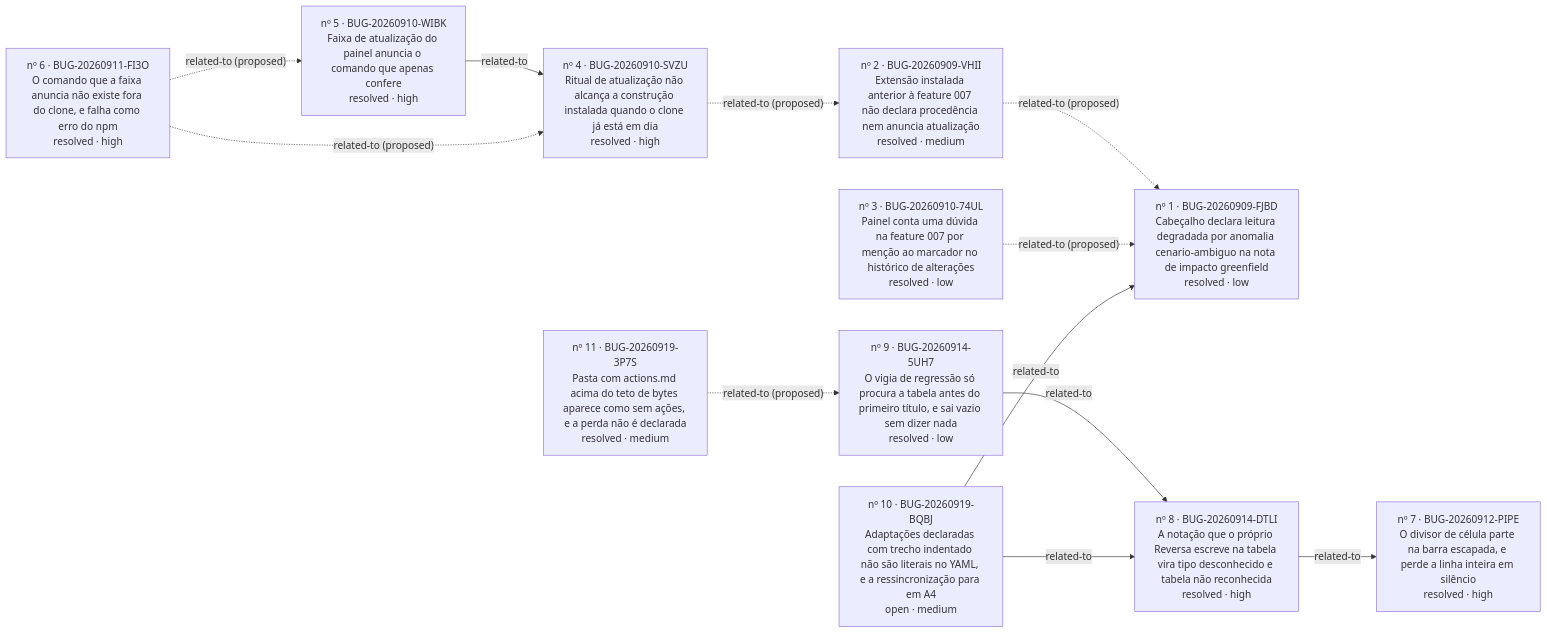
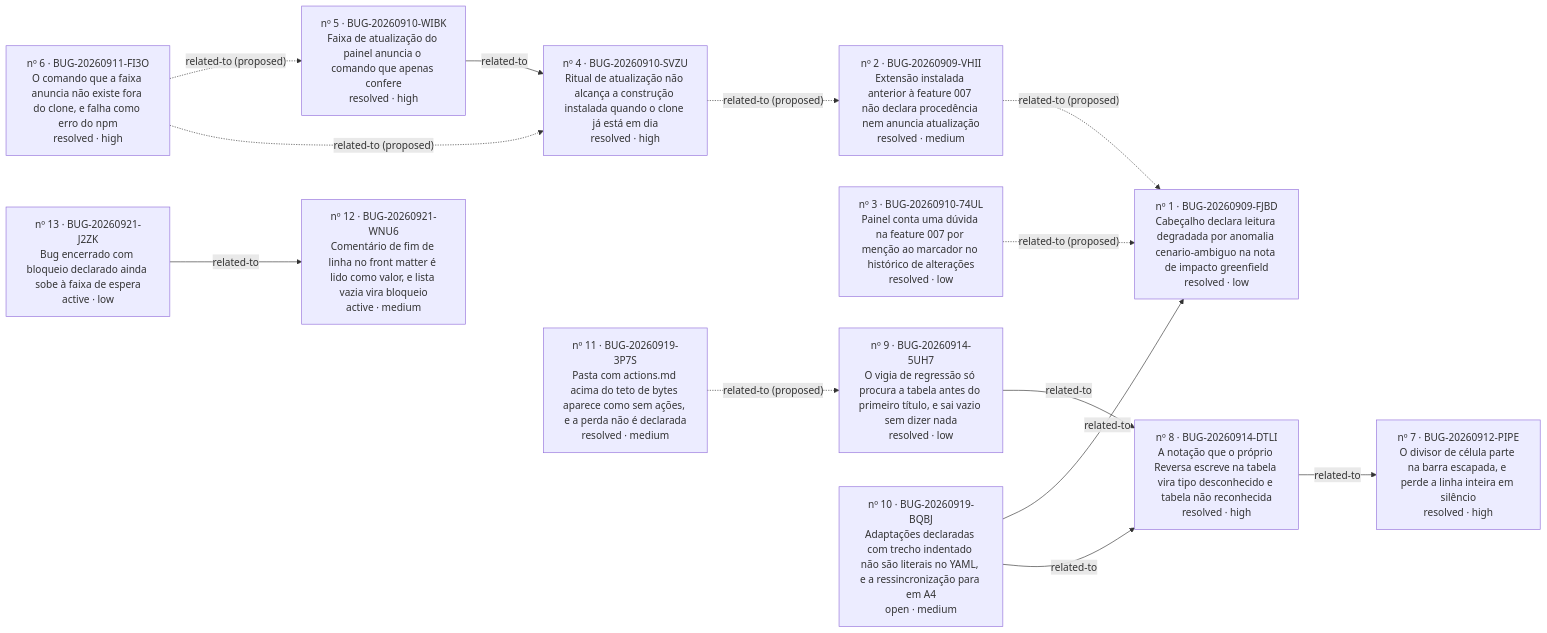
One commit to iago-leal/reversa-views changed the diagram in _reversa_bugs/painel-do-processo/generated/graph.md. Above: the diagram before and after it, drawn with Mermaid. The commit also changed other lines of this file and 6 other files, not shown here.

````diff
--- a/_reversa_bugs/painel-do-processo/generated/graph.md
+++ b/_reversa_bugs/painel-do-processo/generated/graph.md
@@ -4,25 +4,28 @@
 ```mermaid
 graph LR
   BUG_20260909_FJBD["nº 1 · BUG-20260909-FJBD<br/>Cabeçalho declara leitura degradada por anomalia cenario-ambiguo na nota de impacto greenfield<br/>resolved · low"]
   BUG_20260909_VHII["nº 2 · BUG-20260909-VHII<br/>Extensão instalada anterior à feature 007 não declara procedência nem anuncia atualização<br/>resolved · medium"]
   BUG_20260910_74UL["nº 3 · BUG-20260910-74UL<br/>Painel conta uma dúvida na feature 007 por menção ao marcador no histórico de alterações<br/>resolved · low"]
   BUG_20260910_SVZU["nº 4 · BUG-20260910-SVZU<br/>Ritual de atualização não alcança a construção instalada quando o clone já está em dia<br/>resolved · high"]
   BUG_20260910_WIBK["nº 5 · BUG-20260910-WIBK<br/>Faixa de atualização do painel anuncia o comando que apenas confere<br/>resolved · high"]
   BUG_20260911_FI3O["nº 6 · BUG-20260911-FI3O<br/>O comando que a faixa anuncia não existe fora do clone, e falha como erro do npm<br/>resolved · high"]
   BUG_20260912_PIPE["nº 7 · BUG-20260912-PIPE<br/>O divisor de célula parte na barra escapada, e perde a linha inteira em silêncio<br/>resolved · high"]
   BUG_20260914_5UH7["nº 9 · BUG-20260914-5UH7<br/>O vigia de regressão só procura a tabela antes do primeiro título, e sai vazio sem dizer nada<br/>resolved · low"]
   BUG_20260914_DTLI["nº 8 · BUG-20260914-DTLI<br/>A notação que o próprio Reversa escreve na tabela vira tipo desconhecido e tabela não reconhecida<br/>resolved · high"]
   BUG_20260919_3P7S["nº 11 · BUG-20260919-3P7S<br/>Pasta com actions.md acima do teto de bytes aparece como sem ações, e a perda não é declarada<br/>resolved · medium"]
   BUG_20260919_BQBJ["nº 10 · BUG-20260919-BQBJ<br/>Adaptações declaradas com trecho indentado não são literais no YAML, e a ressincronização para em A4<br/>open · medium"]
+  BUG_20260921_J2ZK["nº 13 · BUG-20260921-J2ZK<br/>Bug encerrado com bloqueio declarado ainda sobe à faixa de espera<br/>active · low"]
+  BUG_20260921_WNU6["nº 12 · BUG-20260921-WNU6<br/>Comentário de fim de linha no front matter é lido como valor, e lista vazia vira bloqueio<br/>active · medium"]
   BUG_20260909_VHII -. related-to (proposed) .-> BUG_20260909_FJBD
   BUG_20260910_74UL -. related-to (proposed) .-> BUG_20260909_FJBD
   BUG_20260910_SVZU -. related-to (proposed) .-> BUG_20260909_VHII
   BUG_20260910_WIBK -- related-to --> BUG_20260910_SVZU
   BUG_20260911_FI3O -. related-to (proposed) .-> BUG_20260910_WIBK
   BUG_20260911_FI3O -. related-to (proposed) .-> BUG_20260910_SVZU
   BUG_20260914_5UH7 -- related-to --> BUG_20260914_DTLI
   BUG_20260914_DTLI -- related-to --> BUG_20260912_PIPE
   BUG_20260919_3P7S -. related-to (proposed) .-> BUG_20260914_5UH7
   BUG_20260919_BQBJ -- related-to --> BUG_20260909_FJBD
   BUG_20260919_BQBJ -- related-to --> BUG_20260914_DTLI
+  BUG_20260921_J2ZK -- related-to --> BUG_20260921_WNU6
 ```
````
